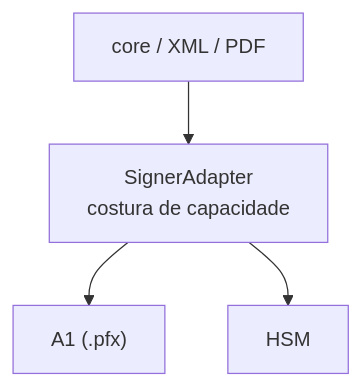
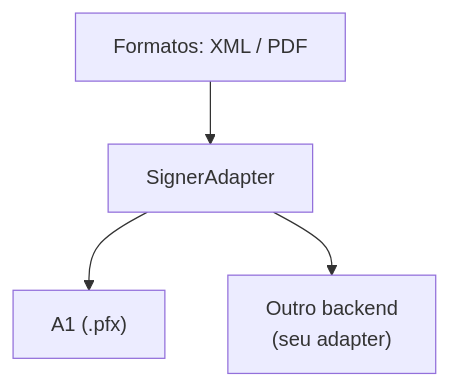
One commit to Licitei/signature-kit changed the diagram in apps/docs/content/docs/signing/signers.mdx. Above: the diagram before and after it, drawn with Mermaid. The commit also changed other lines of this file and 61 other files, not shown here.

````diff
--- a/apps/docs/content/docs/signing/signers.mdx
+++ b/apps/docs/content/docs/signing/signers.mdx
@@ -8,11 +8,11 @@
 ```mermaid
 flowchart TD
-  consumer["core / XML / PDF"]
-  adapter["SignerAdapter<br/>costura de capacidade"]
+  consumer["Formatos: XML / PDF"]
+  adapter["SignerAdapter"]
   a1["A1 (.pfx)"]
-  hsm["HSM"]
+  other["Outro backend<br/>(seu adapter)"]
 
   consumer --> adapter
   adapter --> a1
-  adapter --> hsm
+  adapter --> other
 ```
````
